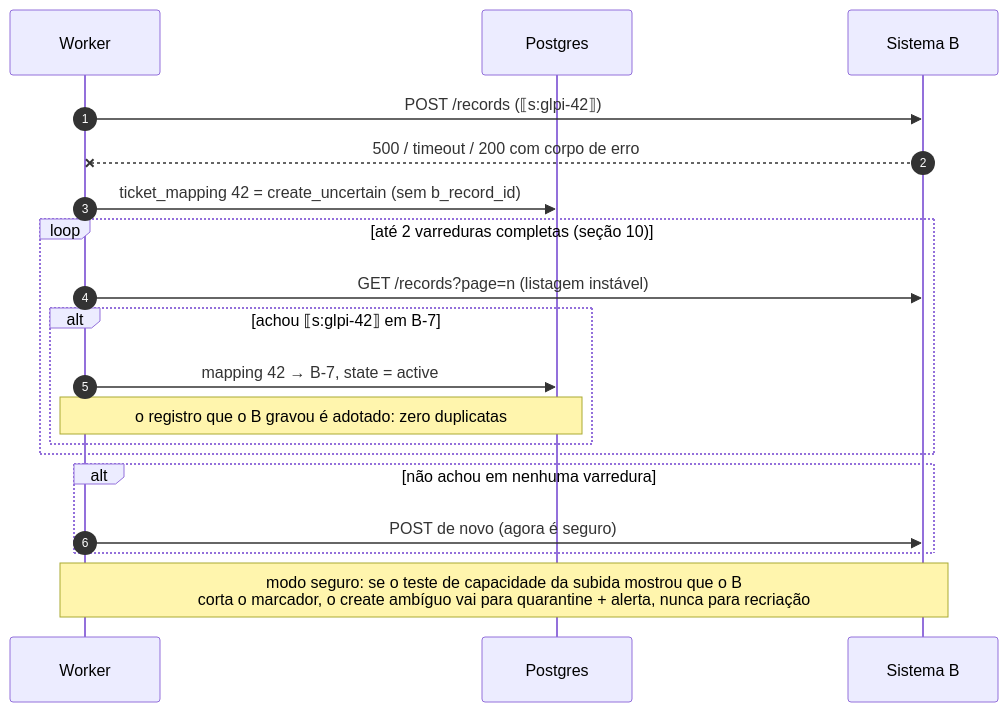
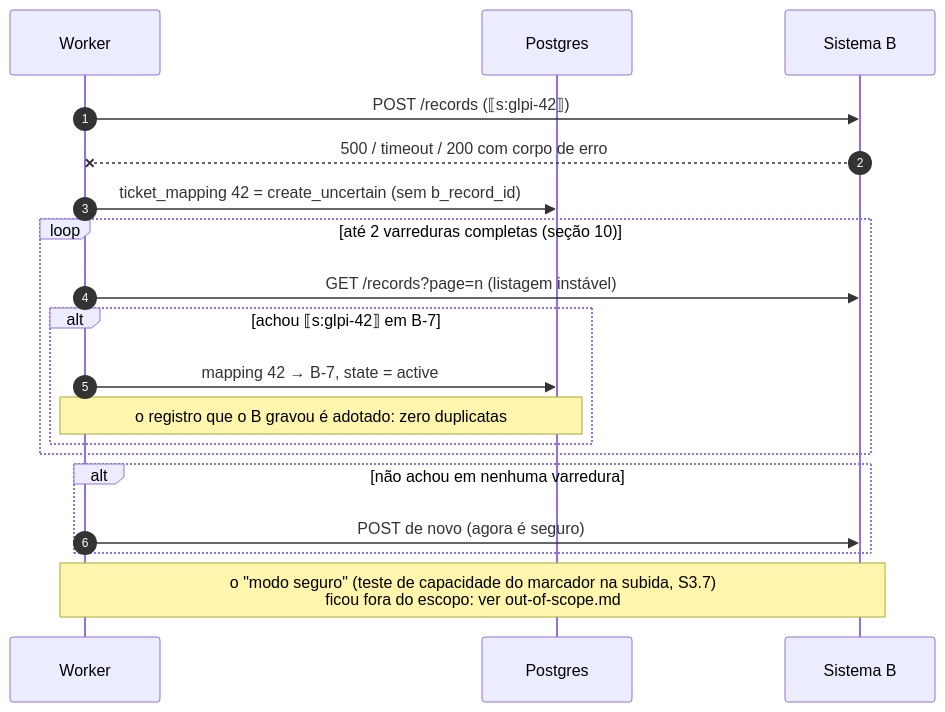
Before and after one commit to BossBurgues/desafiotecCyberCorp: the fourth of 8 diagrams in docs/architecture.md, drawn with Mermaid. The commit also changed other lines of this file, not shown here.

First line of the commit message:
docs: architecture com o escopo entregue (um ambiente, sem auditor, B → A como desenho)

````diff
--- a/docs/architecture.md
+++ b/docs/architecture.md
@@ -127,22 +124,22 @@
 ```mermaid
 sequenceDiagram
   autonumber
   participant W as Worker
   participant DB as Postgres
   participant B as Sistema B
 
   W->>B: POST /records (⟦s:glpi-42⟧)
   B--xW: 500 / timeout / 200 com corpo de erro
   W->>DB: ticket_mapping 42 = create_uncertain (sem b_record_id)
   loop até 2 varreduras completas (seção 10)
     W->>B: GET /records?page=n (listagem instável)
     alt achou ⟦s:glpi-42⟧ em B-7
       W->>DB: mapping 42 → B-7, state = active
       Note over W,DB: o registro que o B gravou é adotado: zero duplicatas
     end
   end
   alt não achou em nenhuma varredura
     W->>B: POST de novo (agora é seguro)
   end
-  Note over W,B: modo seguro: se o teste de capacidade da subida mostrou que o B<br/>corta o marcador, o create ambíguo vai para quarantine + alerta, nunca para recriação
+  Note over W,B: o "modo seguro" (teste de capacidade do marcador na subida, S3.7)<br/>ficou fora do escopo: ver out-of-scope.md
 ```
````
